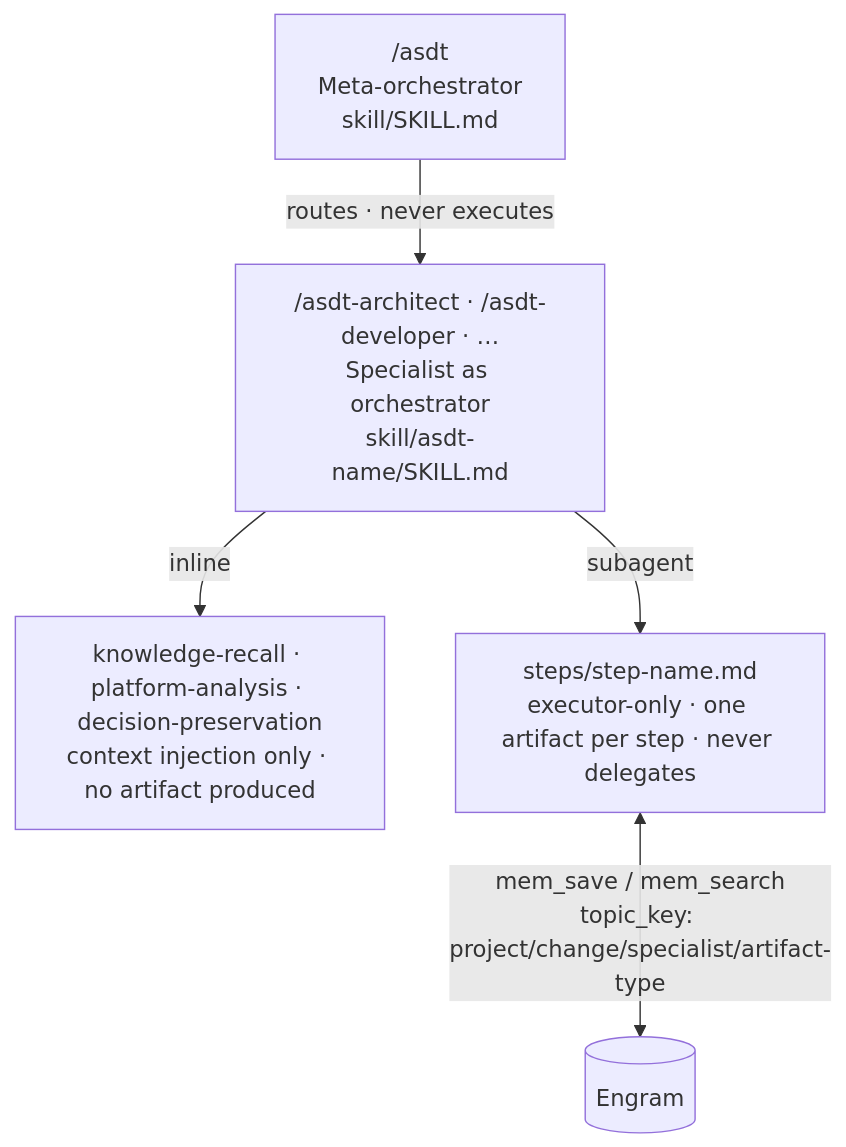
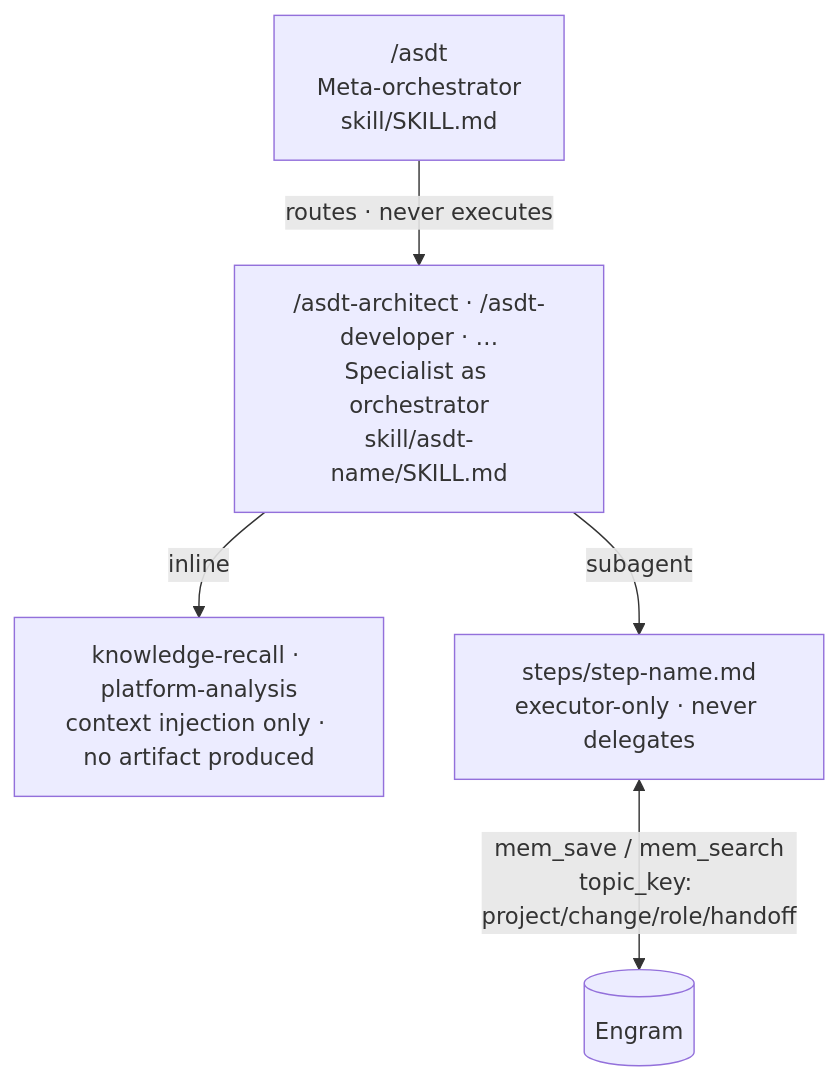
Before and after one commit to vitualizz/asdt: the diagram in skill/README.md, drawn with Mermaid. The commit also changed other lines of this file and 16 other files, not shown here.

````diff
--- a/skill/README.md
+++ b/skill/README.md
@@ -7,12 +7,12 @@
 ```mermaid
 flowchart TD
     A["/asdt\nMeta-orchestrator\nskill/SKILL.md"]
     A -->|routes · never executes| B
 
     B["/asdt-architect · /asdt-developer · …\nSpecialist as orchestrator\nskill/asdt-name/SKILL.md"]
 
-    B -->|inline| C["knowledge-recall · platform-analysis · decision-preservation\ncontext injection only · no artifact produced"]
-    B -->|subagent| D["steps/step-name.md\nexecutor-only · one artifact per step · never delegates"]
+    B -->|inline| C["knowledge-recall · platform-analysis\ncontext injection only · no artifact produced"]
+    B -->|subagent| D["steps/step-name.md\nexecutor-only · never delegates"]
 
-    D <-->|"mem_save / mem_search\ntopic_key: project/change/specialist/artifact-type"| E[(Engram)]
+    D <-->|"mem_save / mem_search\ntopic_key: project/change/role/handoff"| E[(Engram)]
 ```
````
